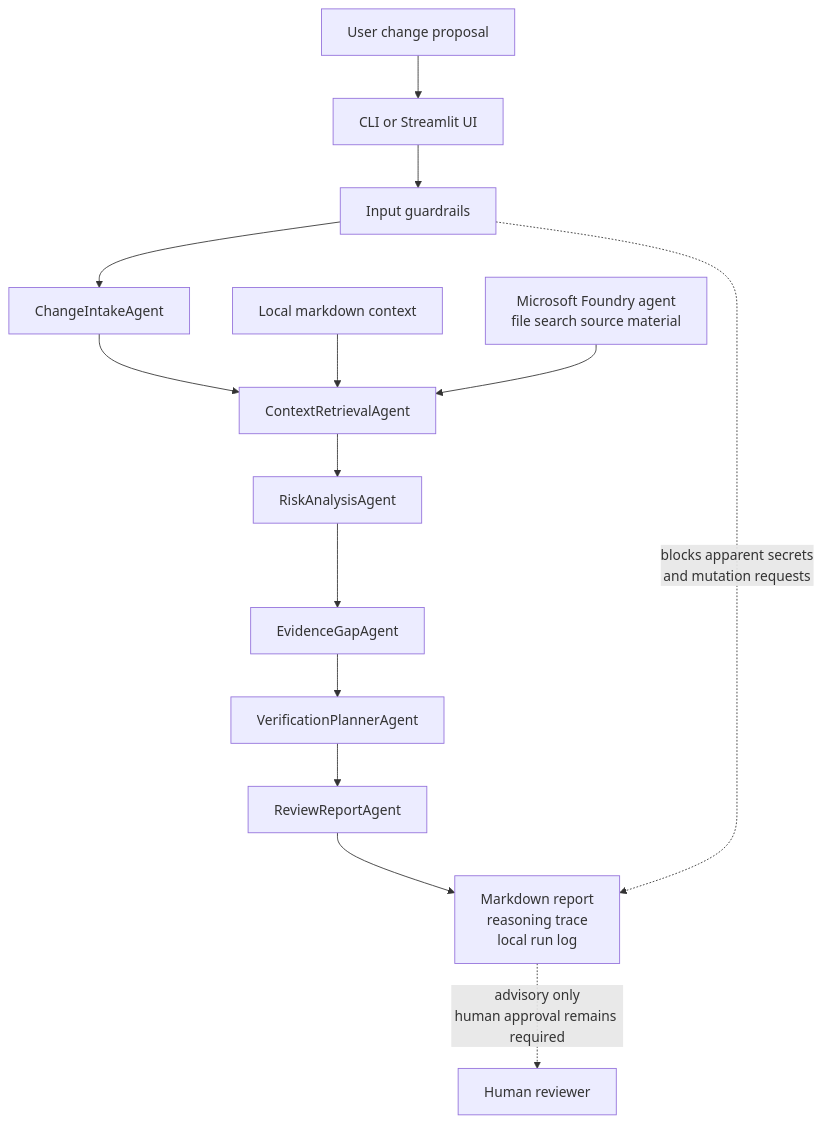
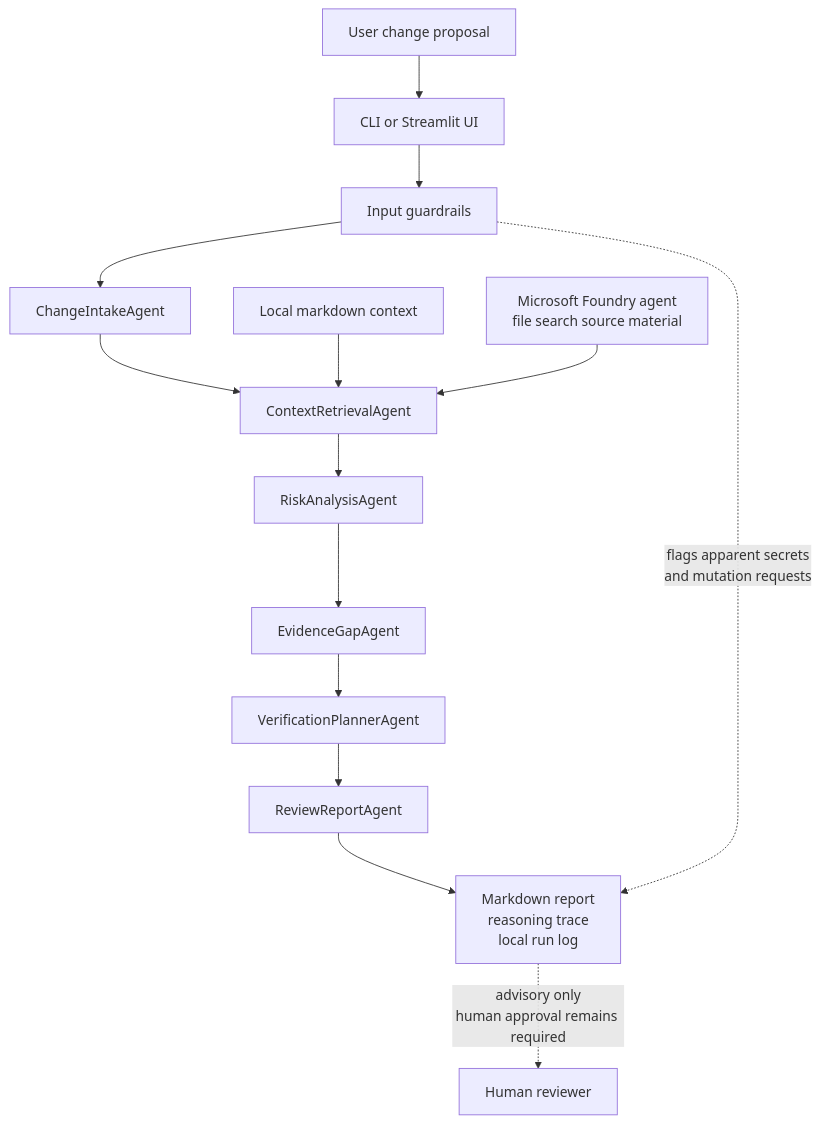
Before and after one commit to steadytao/themis-agent: the diagram in README.md, drawn with Mermaid. The commit also changed other lines of this file and 11 other files, not shown here.

````diff
--- a/README.md
+++ b/README.md
@@ -100,16 +94,16 @@
 ```mermaid
 flowchart TD
     proposal["User change proposal"] --> ui["CLI or Streamlit UI"]
     ui --> guardrails["Input guardrails"]
     guardrails --> intake["ChangeIntakeAgent"]
     intake --> retrieval["ContextRetrievalAgent"]
     local["Local markdown context"] --> retrieval
     foundry["Microsoft Foundry agent\nfile search source material"] --> retrieval
     retrieval --> risk["RiskAnalysisAgent"]
     risk --> gaps["EvidenceGapAgent"]
     gaps --> verification["VerificationPlannerAgent"]
     verification --> report["ReviewReportAgent"]
     report --> outputs["Markdown report\nreasoning trace\nlocal run log"]
-    guardrails -. "blocks apparent secrets\nand mutation requests" .-> outputs
+    guardrails -. "flags apparent secrets\nand mutation requests" .-> outputs
     outputs -. "advisory only\nhuman approval remains required" .-> reviewer["Human reviewer"]
 ```
````
